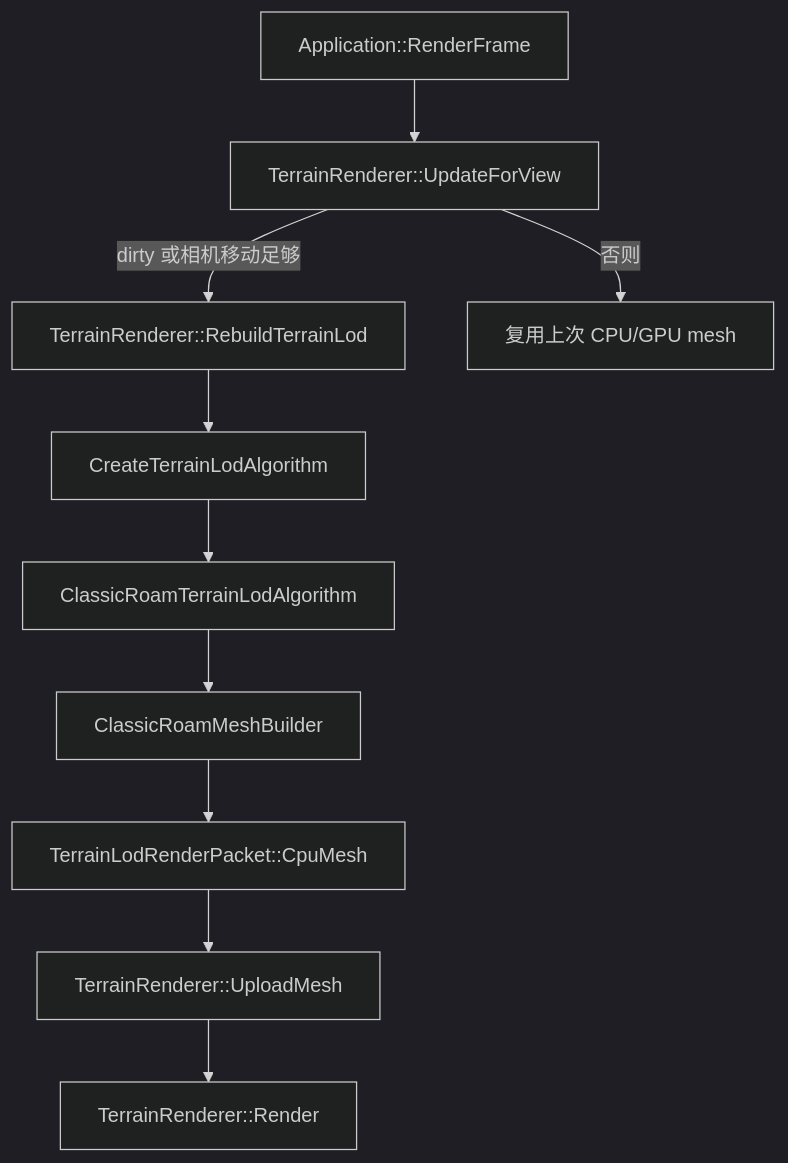
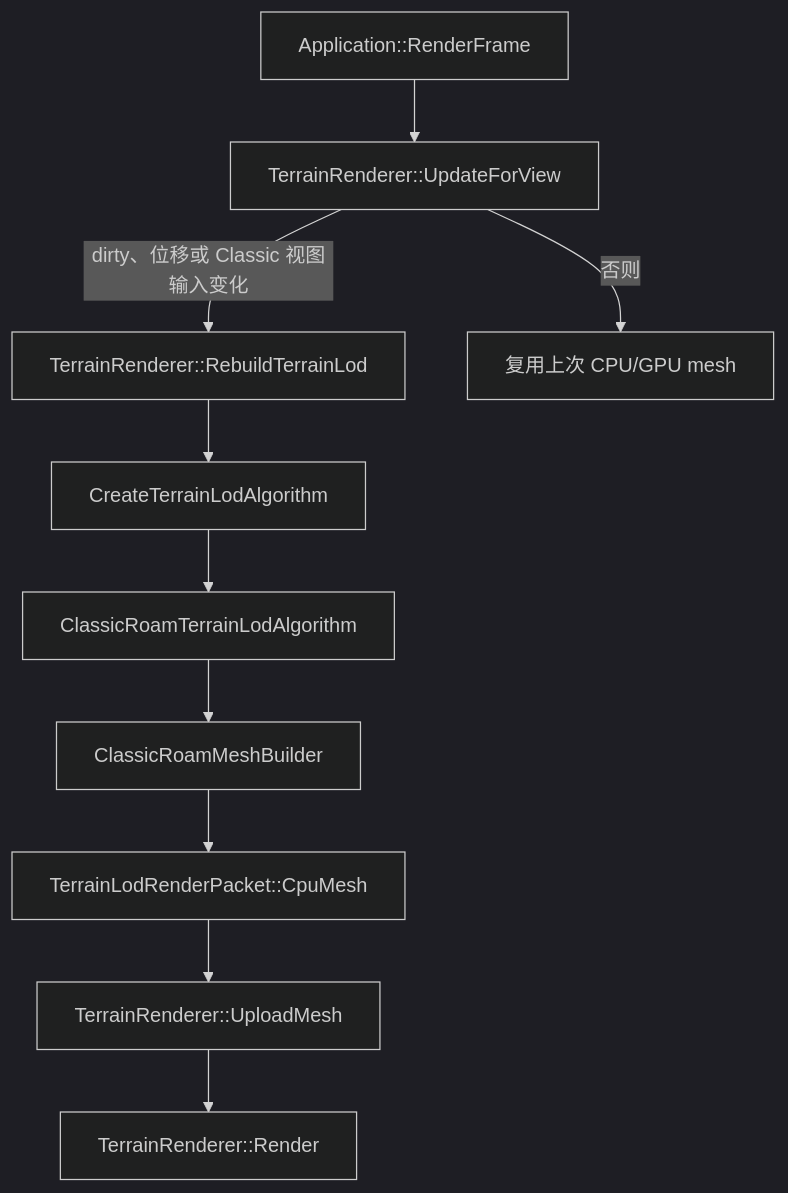
The first of 3 diagrams in docs/source_analysis/classic_roam_context.md (mcaswen/RoamTesting), drawn with Mermaid (dark theme) before and after one commit. The commit also changed other lines of this file and 7 other files, not shown here.

````diff
--- a/docs/source_analysis/classic_roam_context.md
+++ b/docs/source_analysis/classic_roam_context.md
@@ -62,12 +62,12 @@
 ```mermaid
 flowchart TD
     A[Application::RenderFrame] --> B[TerrainRenderer::UpdateForView]
-    B -->|dirty 或相机移动足够| C[TerrainRenderer::RebuildTerrainLod]
+    B -->|dirty、位移或 Classic 视图输入变化| C[TerrainRenderer::RebuildTerrainLod]
     B -->|否则| Z[复用上次 CPU/GPU mesh]
     C --> D[CreateTerrainLodAlgorithm]
     D --> E[ClassicRoamTerrainLodAlgorithm]
     E --> F[ClassicRoamMeshBuilder]
     F --> G[TerrainLodRenderPacket::CpuMesh]
     G --> H[TerrainRenderer::UploadMesh]
     H --> I[TerrainRenderer::Render]
 ```
````
